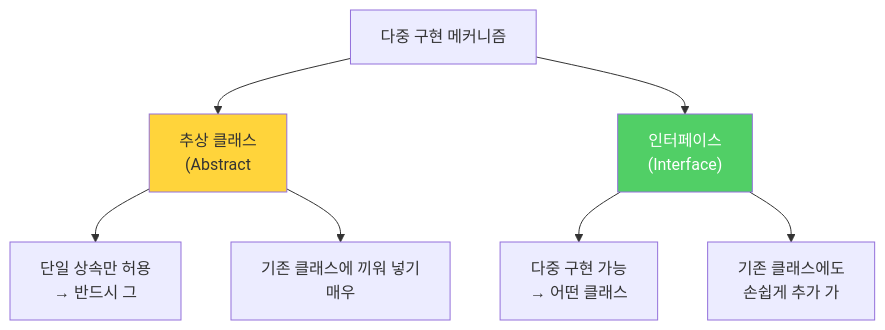
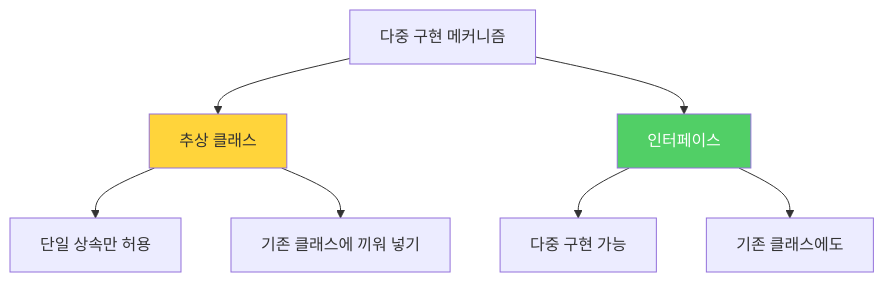
One commit to yjkim2015/yjkim2015.github.io changed the first of 5 diagrams in _posts/java/2022-01-03-effective-java20.md. Above: the diagram before and after it, drawn with Mermaid. The commit also changed other lines of this file and 217 other files, not shown here.

First line of the commit message:
Mermaid 크기 수정: useMaxWidth:true + SVG max-width:100% + 라벨 축소

````diff
--- a/_posts/java/2022-01-03-effective-java20.md
+++ b/_posts/java/2022-01-03-effective-java20.md
@@ -18,11 +18,11 @@
 ```mermaid
 graph TD
-    A["다중 구현 메커니즘"] --> B["추상 클래스\n(Abstract"]
-    A --> C["인터페이스\n(Interface)"]
-    B --> B1["단일 상속만 허용\n→ 반드시 그"]
-    B --> B2["기존 클래스에 끼워 넣기\n매우"]
-    C --> C1["다중 구현 가능\n→ 어떤 클래스"]
-    C --> C2["기존 클래스에도\n손쉽게 추가 가"]
+    A["다중 구현 메커니즘"] --> B["추상 클래스"]
+    A --> C["인터페이스"]
+    B --> B1["단일 상속만 허용"]
+    B --> B2["기존 클래스에 끼워 넣기"]
+    C --> C1["다중 구현 가능"]
+    C --> C2["기존 클래스에도"]
     style C fill:#51cf66,color:#fff
     style B fill:#ffd43b
 ```
````
